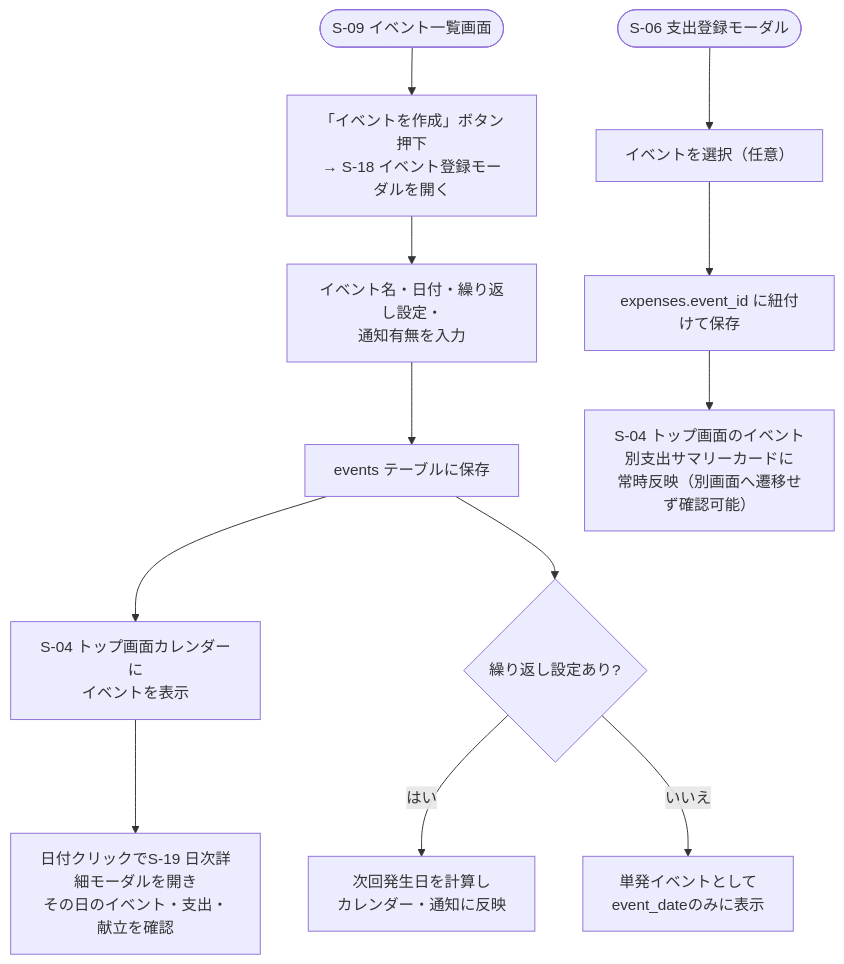
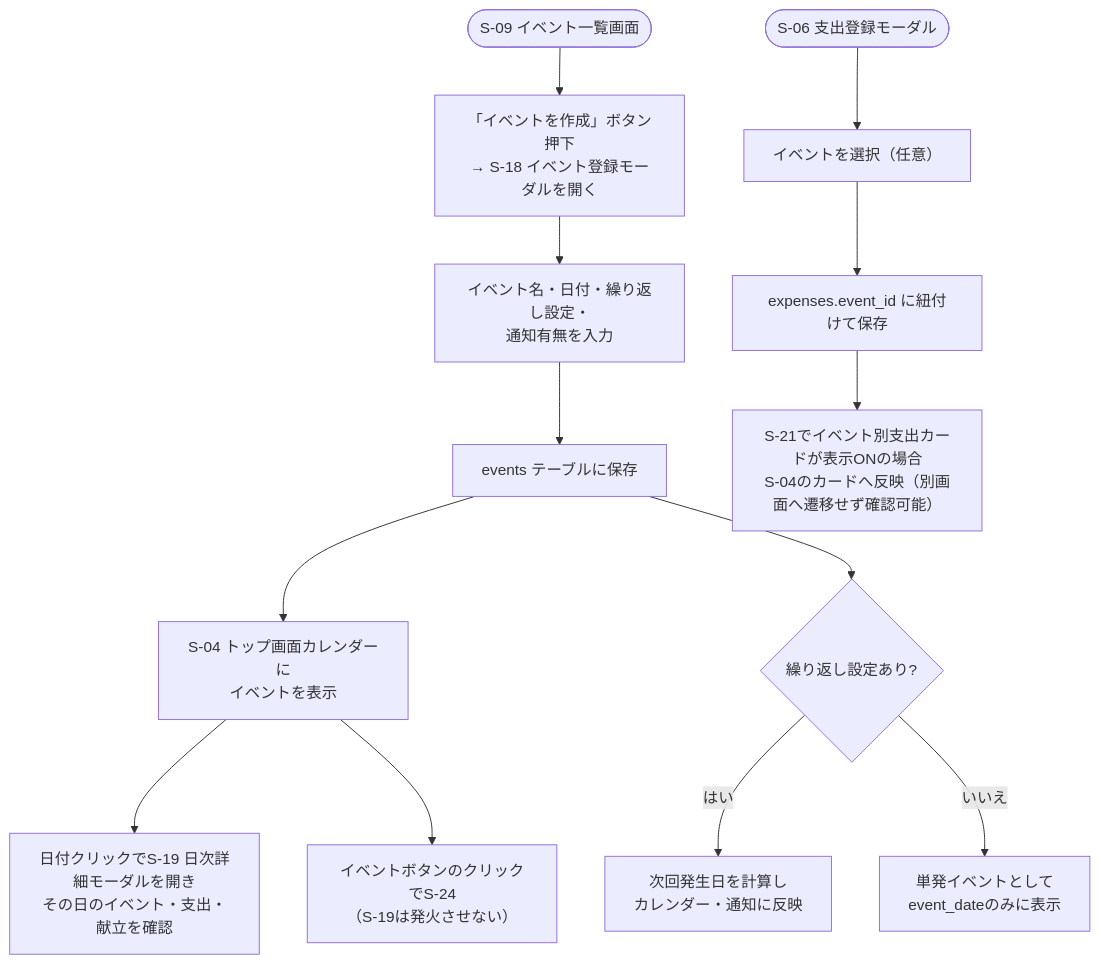
The diagram in docs/details/features/F06_kakeibo_event.md (yamamotonaoki3/HomeLog), drawn with Mermaid before and after one commit. The commit also changed other lines of this file and 6 other files, not shown here.

````diff
--- a/docs/details/features/F06_kakeibo_event.md
+++ b/docs/details/features/F06_kakeibo_event.md
@@ -24,17 +25,18 @@
 ```mermaid
 flowchart TD
     A([S-09 イベント一覧画面]) --> B["「イベントを作成」ボタン押下\n→ S-18 イベント登録モーダルを開く"]
     B --> C[イベント名・日付・繰り返し設定・\n通知有無を入力]
     C --> D[events テーブルに保存]
 
     E([S-06 支出登録モーダル]) --> F[イベントを選択（任意）]
     F --> G[expenses.event_id に紐付けて保存]
 
     D --> H[S-04 トップ画面カレンダーに\nイベントを表示]
     H --> H2["日付クリックでS-19 日次詳細モーダルを開き\nその日のイベント・支出・献立を確認"]
-    G --> I["S-04 トップ画面のイベント別支出サマリーカードに\n常時反映（別画面へ遷移せず確認可能）"]
+    H --> H3["イベントボタンのクリックでS-24\n（S-19は発火させない）"]
+    G --> I["S-21でイベント別支出カードが表示ONの場合\nS-04のカードへ反映（別画面へ遷移せず確認可能）"]
 
     D --> J{繰り返し設定あり?}
     J -- はい --> K[次回発生日を計算し\nカレンダー・通知に反映]
     J -- いいえ --> L[単発イベントとして\nevent_dateのみに表示]
 ```
````
